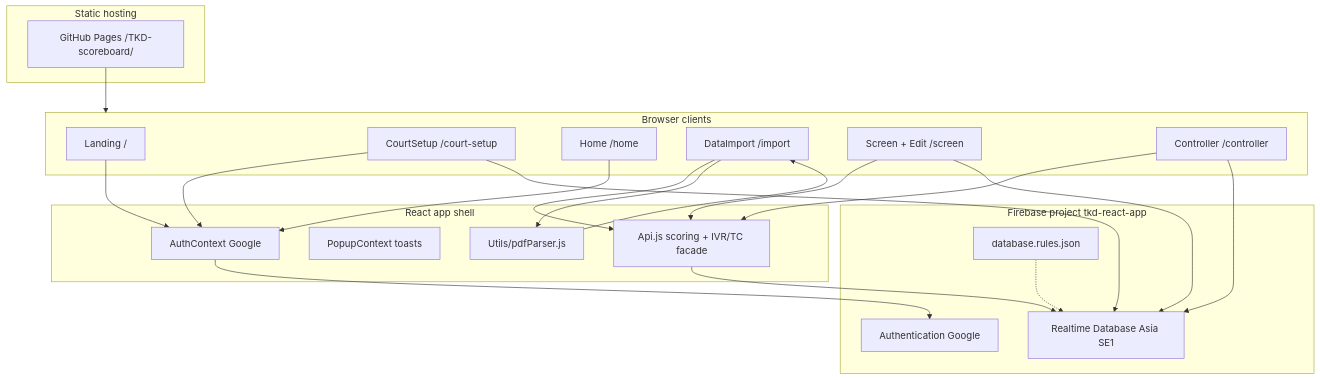
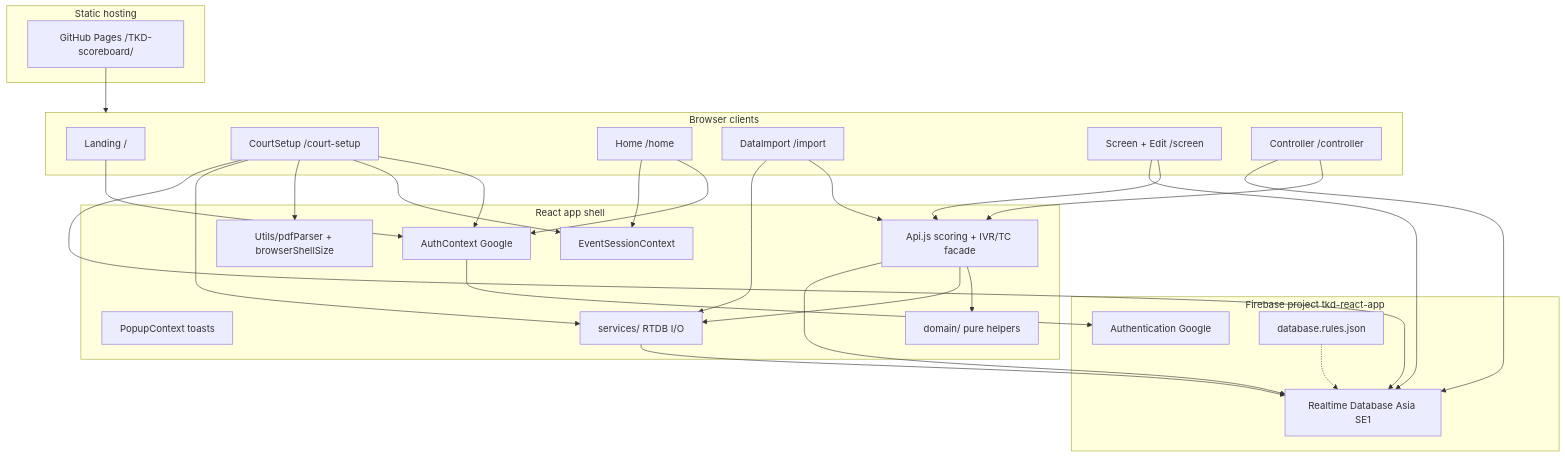
Before and after one commit to CY-Cheung/TKD-scoreboard: the first of 3 diagrams in docs/2_System_Design.md, drawn with Mermaid. The commit also changed other lines of this file and 12 other files, not shown here.

````diff
--- a/docs/2_System_Design.md
+++ b/docs/2_System_Design.md
@@ -49,44 +49,53 @@
 ```mermaid
 flowchart TB
   subgraph Clients["Browser clients"]
     Landing["Landing /"]
     Setup["CourtSetup /court-setup"]
     Home["Home /home"]
     Import["DataImport /import"]
     Screen["Screen + Edit /screen"]
     Ctrl["Controller /controller"]
   end
 
   subgraph AppShell["React app shell"]
     AuthCtx["AuthContext Google"]
+    EventSess["EventSessionContext"]
     PopupCtx["PopupContext toasts"]
     Api["Api.js scoring + IVR/TC facade"]
-    Utils["Utils/pdfParser.js"]
+    Domain["domain/ pure helpers"]
+    Services["services/ RTDB I/O"]
+    Utils["Utils/pdfParser + browserShellSize"]
   end
 
   subgraph Firebase["Firebase project tkd-react-app"]
     FAuth["Authentication Google"]
     RTDB["Realtime Database Asia SE1"]
     Rules["database.rules.json"]
   end
 
   subgraph Hosting["Static hosting"]
     GHP["GitHub Pages /TKD-scoreboard/"]
   end
 
   Landing --> AuthCtx
   Setup --> AuthCtx
+  Setup --> EventSess
   Home --> AuthCtx
+  Home --> EventSess
   Import --> Api
-  Import --> Utils
+  Import --> Services
   Screen --> Api
   Ctrl --> Api
+  Api --> Domain
+  Api --> Services
+  Services --> RTDB
   Api --> RTDB
-  Utils --> Import
+  Setup --> Utils
+  Setup --> Services
   AuthCtx --> FAuth
   Ctrl --> RTDB
   Screen --> RTDB
   Setup --> RTDB
   Rules -.-> RTDB
   GHP --> Clients
 ```
````
